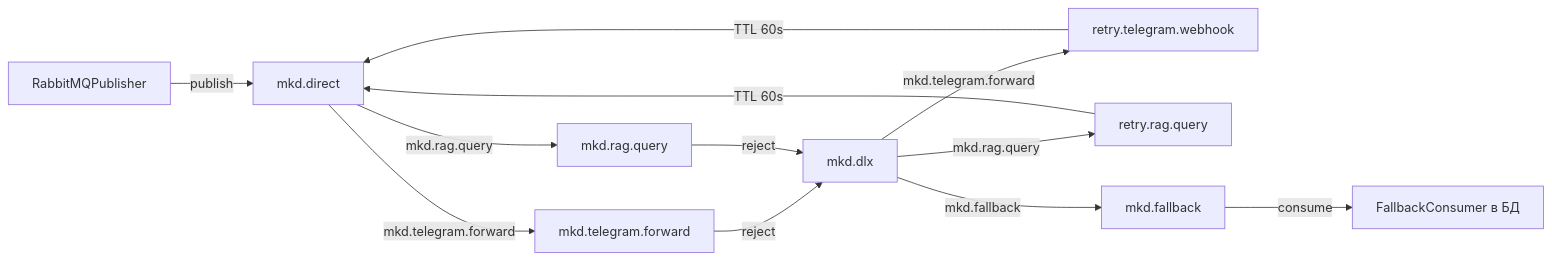
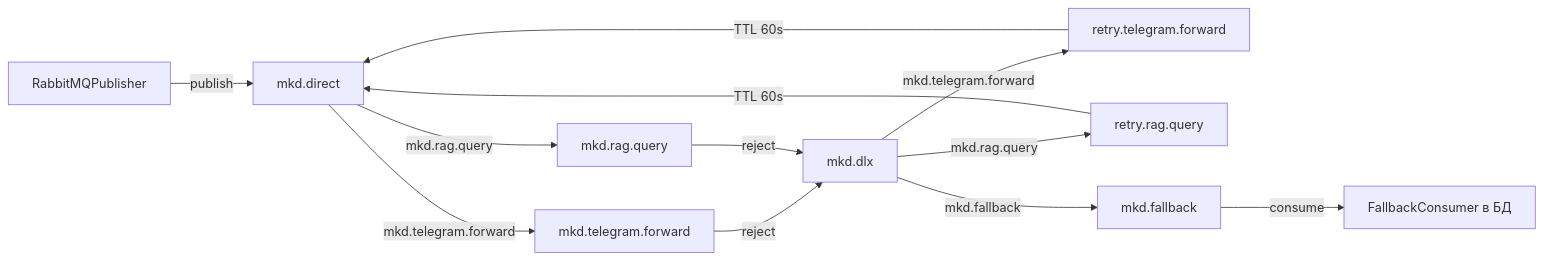
Before and after one commit to otusteamedu/PHP_2025: the second of 6 diagrams in README.md, drawn with Mermaid. The commit also changed other lines of this file and 67 other files, not shown here.

````diff
--- a/README.md
+++ b/README.md
@@ -149,18 +149,18 @@
 ```mermaid
 graph LR
     P[RabbitMQPublisher] -->|publish| D[mkd.direct]
     D -->|mkd.telegram.forward| Q1[mkd.telegram.forward]
     D -->|mkd.rag.query| Q2[mkd.rag.query]
 
     Q1 -->|reject| DLX[mkd.dlx]
     Q2 -->|reject| DLX
 
-    DLX -->|mkd.telegram.forward| R1[retry.telegram.webhook]
+    DLX -->|mkd.telegram.forward| R1[retry.telegram.forward]
     DLX -->|mkd.rag.query| R2[retry.rag.query]
 
     R1 -->|TTL 60s| D
     R2 -->|TTL 60s| D
 
     DLX -->|mkd.fallback| DLQ[mkd.fallback]
     DLQ -->|consume| FC[FallbackConsumer в БД]
 ```
````
